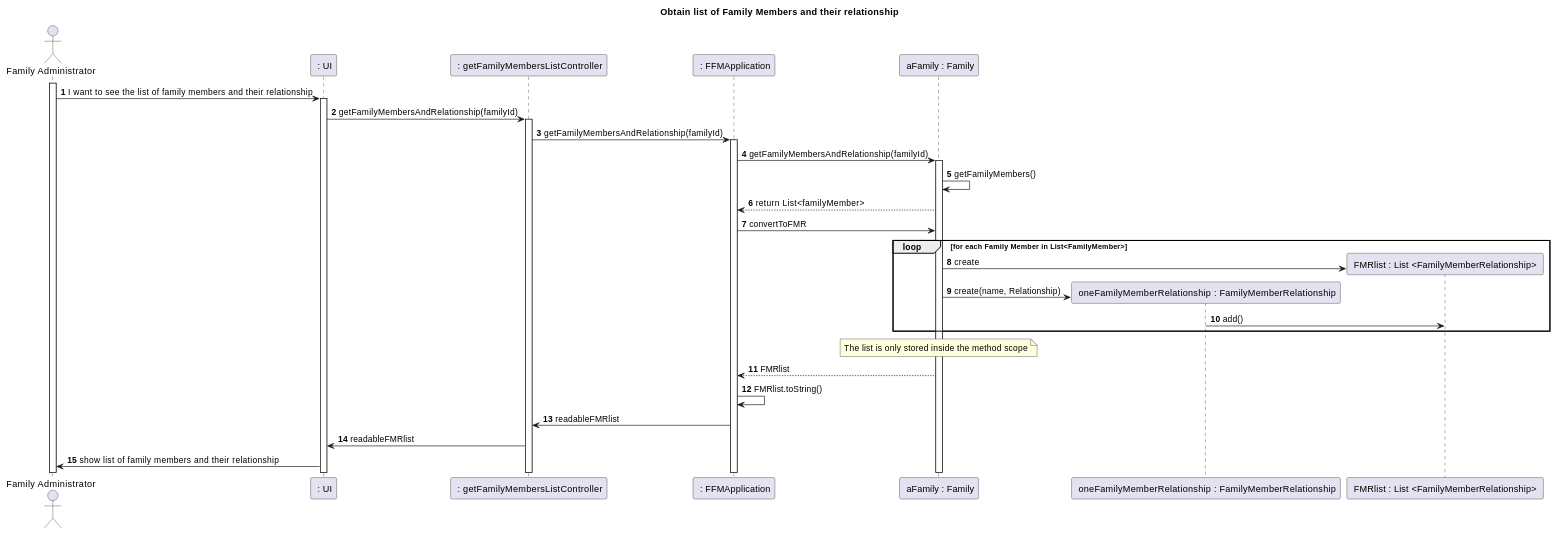
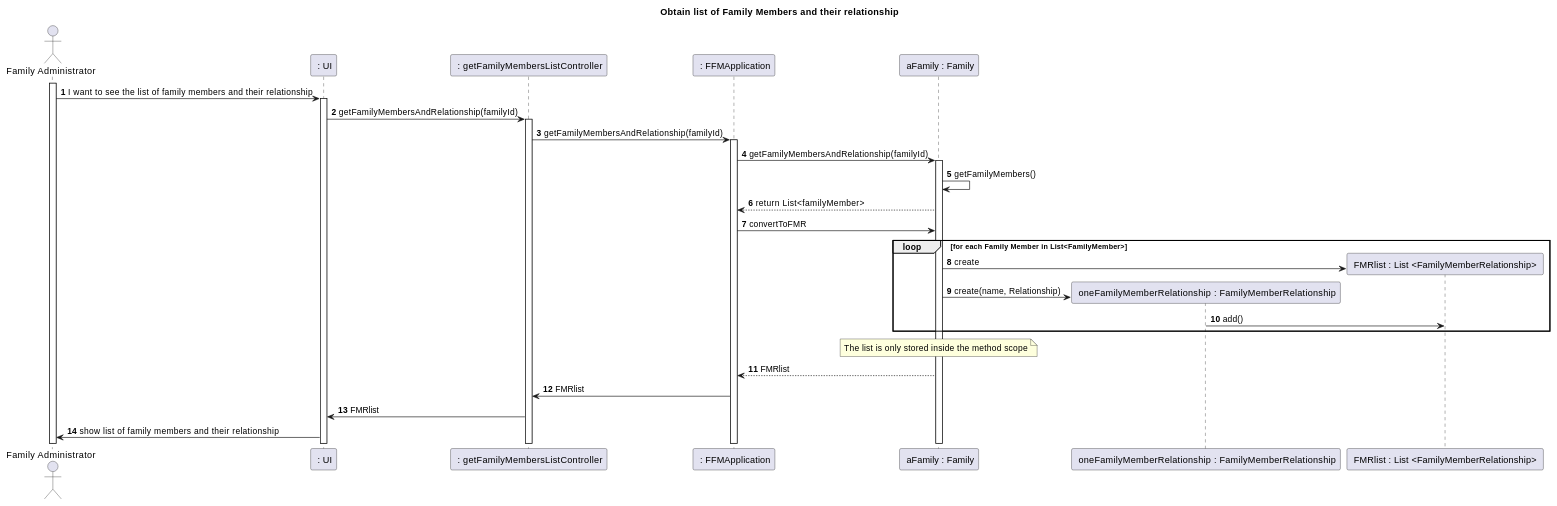
One commit to tomas-osswald/switch_2020_g3 changed the diagram in docs/US104 GetFamilyMembersAndRelationship.md. Above: the diagram before and after it, drawn with PlantUML. The commit also changed other lines of this file and 6 other files, not shown here.

`````diff
--- a/docs/US104 GetFamilyMembersAndRelationship.md
+++ b/docs/US104 GetFamilyMembersAndRelationship.md
@@ -31,52 +31,51 @@
 ````puml
 @startuml
 
 ' startuml é syntax para iniciar esquema em PlantUML
 
 ' autonumber é auto-explicativo
 ' actor é syntax de ator. participant é syntax de uma Lifeline
 ' "as" define alias que queremos dar ao participant ou actor
 
 autonumber
 title "Obtain list of Family Members and their relationship"
 actor "Family Administrator" as actor
 participant " : UI" as UI
 participant " : getFamilyMembersListController" as controller
 participant " : FFMApplication" as application
 participant " aFamily : Family" as family
 participant " oneFamilyMemberRelationship : FamilyMemberRelationship" as DTO
 participant " FMRlist : List <FamilyMemberRelationship> " as DTOlist
 
 /' Comentário: activate é a syntax para ativar lifeline "preenchida" (Não tracejada). 
     Activate só deve ser inserido no momento em que se quer ativar a lifeline preenchida
 '/
 
 activate actor
 
 
 
 actor -> UI : I want to see the list of family members and their relationship
 activate UI
 UI -> controller : getFamilyMembersAndRelationship(familyId)
 activate controller
 controller -> application : getFamilyMembersAndRelationship(familyId)
 activate application
 application -> family :  getFamilyMembersAndRelationship(familyId)
 activate family
 family -> family : getFamilyMembers()
 family --> application : return List<familyMember>
 application -> family : convertToFMR
 loop for each Family Member in List<FamilyMember>
     family -> DTOlist ** : create
      family -> DTO ** : create(name, Relationship)
     DTO -> DTOlist : add()
      end
 note over family : The list is only stored inside the method scope
 family --> application : FMRlist
-application -> application : FMRlist.toString()
-application -> controller : readableFMRlist
-controller -> UI : readableFMRlist
+application -> controller : FMRlist
+controller -> UI : FMRlist
 UI -> actor : show list of family members and their relationship
 
 @enduml
 ````
`````
